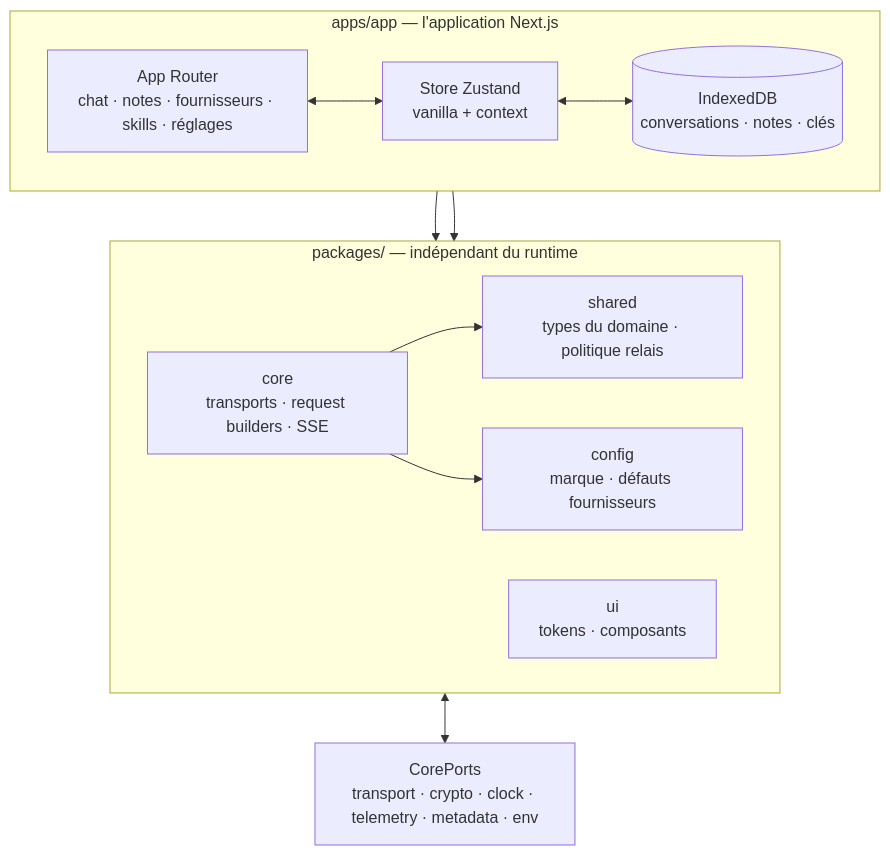
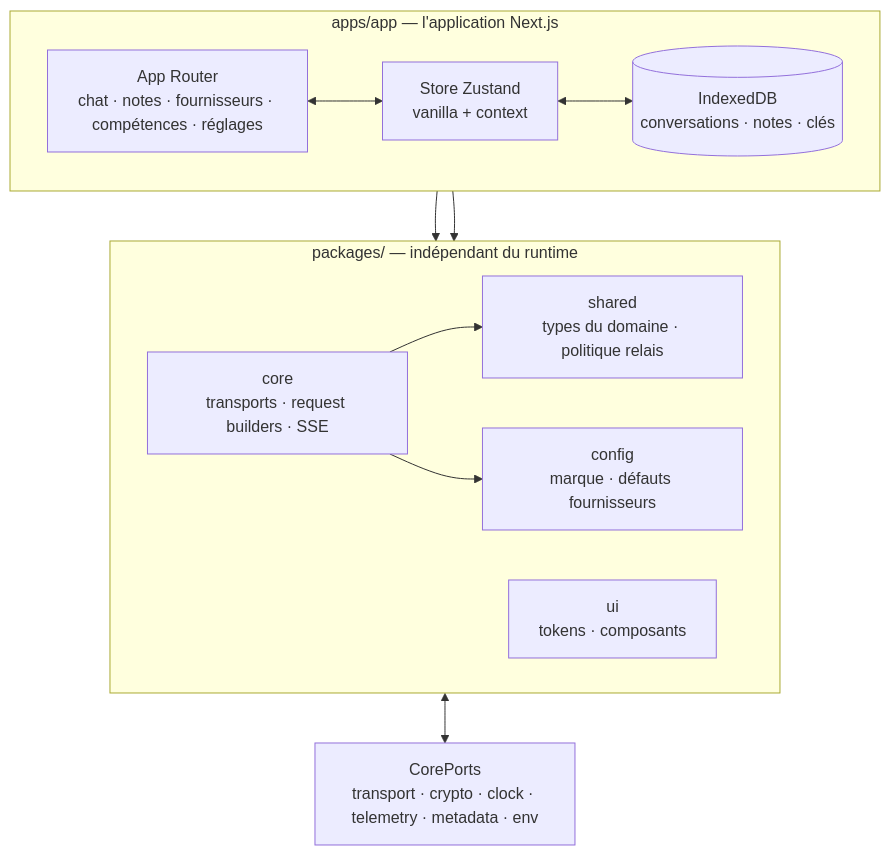
One commit to oriveo/oriveo changed the second of 2 diagrams in readme_i18n/fr/web.md. Above: the diagram before and after it, drawn with Mermaid. The commit also changed other lines of this file and 89 other files, not shown here.

````diff
--- a/readme_i18n/fr/web.md
+++ b/readme_i18n/fr/web.md
@@ -124,25 +124,25 @@
 ```mermaid
 flowchart TB
     subgraph app ["apps/app — l'application Next.js"]
         direction LR
-        routes["App Router<br/>chat · notes · fournisseurs · skills · réglages"]
+        routes["App Router<br/>chat · notes · fournisseurs · compétences · réglages"]
         store["Store Zustand<br/>vanilla + context"]
         idb[("IndexedDB<br/>conversations · notes · clés")]
     end
 
     subgraph pkgs ["packages/ — indépendant du runtime"]
         direction LR
         core["core<br/>transports · request builders · SSE"]
         shared["shared<br/>types du domaine · politique relais"]
         ui["ui<br/>tokens · composants"]
         config["config<br/>marque · défauts fournisseurs"]
     end
 
     ports["CorePorts<br/>transport · crypto · clock · telemetry · metadata · env"]
 
     routes <--> store <--> idb
     store --> core
     core --> shared & config
     routes --> ui
     core <--> ports
 ```
````
